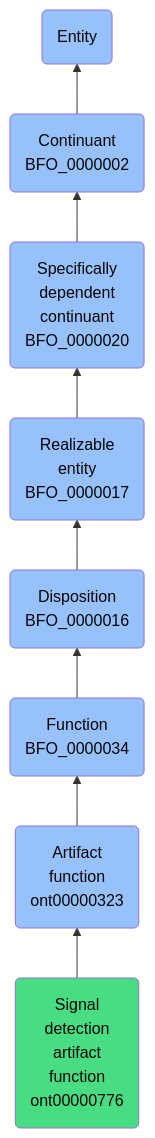
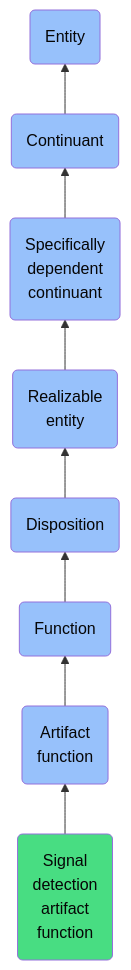
The diagram in docs/ontology/reference/model/Entity/Continuant/Specifically dependent continuant/Realizable entity/Disposition/Function/Artifact function/Signal detection artifact function/Signal detection artifact function.md (jupyter-naas/abi), drawn with Mermaid before and after one commit. The commit also changed other lines of this file and 1430 other files, not shown here.

````diff
--- a/docs/ontology/reference/model/Entity/Continuant/Specifically dependent continuant/Realizable entity/Disposition/Function/Artifact function/Signal detection artifact function/Signal detection artifact function.md
+++ b/docs/ontology/reference/model/Entity/Continuant/Specifically dependent continuant/Realizable entity/Disposition/Function/Artifact function/Signal detection artifact function/Signal detection artifact function.md
@@ -24,15 +24,15 @@
 ```mermaid
 graph BT
-    ont00000776(Signal<br>detection<br>artifact<br>function<br>ont00000776):::ABI-->ont00000323
-    ont00000323(Artifact<br>function<br>ont00000323):::BFO-->BFO_0000034
-    BFO_0000034(Function<br>BFO_0000034):::BFO-->BFO_0000016
-    BFO_0000016(Disposition<br>BFO_0000016):::BFO-->BFO_0000017
-    BFO_0000017(Realizable<br>entity<br>BFO_0000017):::BFO-->BFO_0000020
-    BFO_0000020(Specifically<br>dependent<br>continuant<br>BFO_0000020):::BFO-->BFO_0000002
-    BFO_0000002(Continuant<br>BFO_0000002):::BFO-->BFO_0000001
+    ont00000776(Signal<br>detection<br>artifact<br>function):::ABI-->ont00000323
+    ont00000323(Artifact<br>function):::BFO-->BFO_0000034
+    BFO_0000034(Function):::BFO-->BFO_0000016
+    BFO_0000016(Disposition):::BFO-->BFO_0000017
+    BFO_0000017(Realizable<br>entity):::BFO-->BFO_0000020
+    BFO_0000020(Specifically<br>dependent<br>continuant):::BFO-->BFO_0000002
+    BFO_0000002(Continuant):::BFO-->BFO_0000001
     BFO_0000001(Entity):::BFO
     
     classDef BFO fill:#97c1fb,color:#060606
     classDef CCO fill:#e4c51e,color:#060606
     classDef ABI fill:#48DD82,color:#060606
 ```
````
